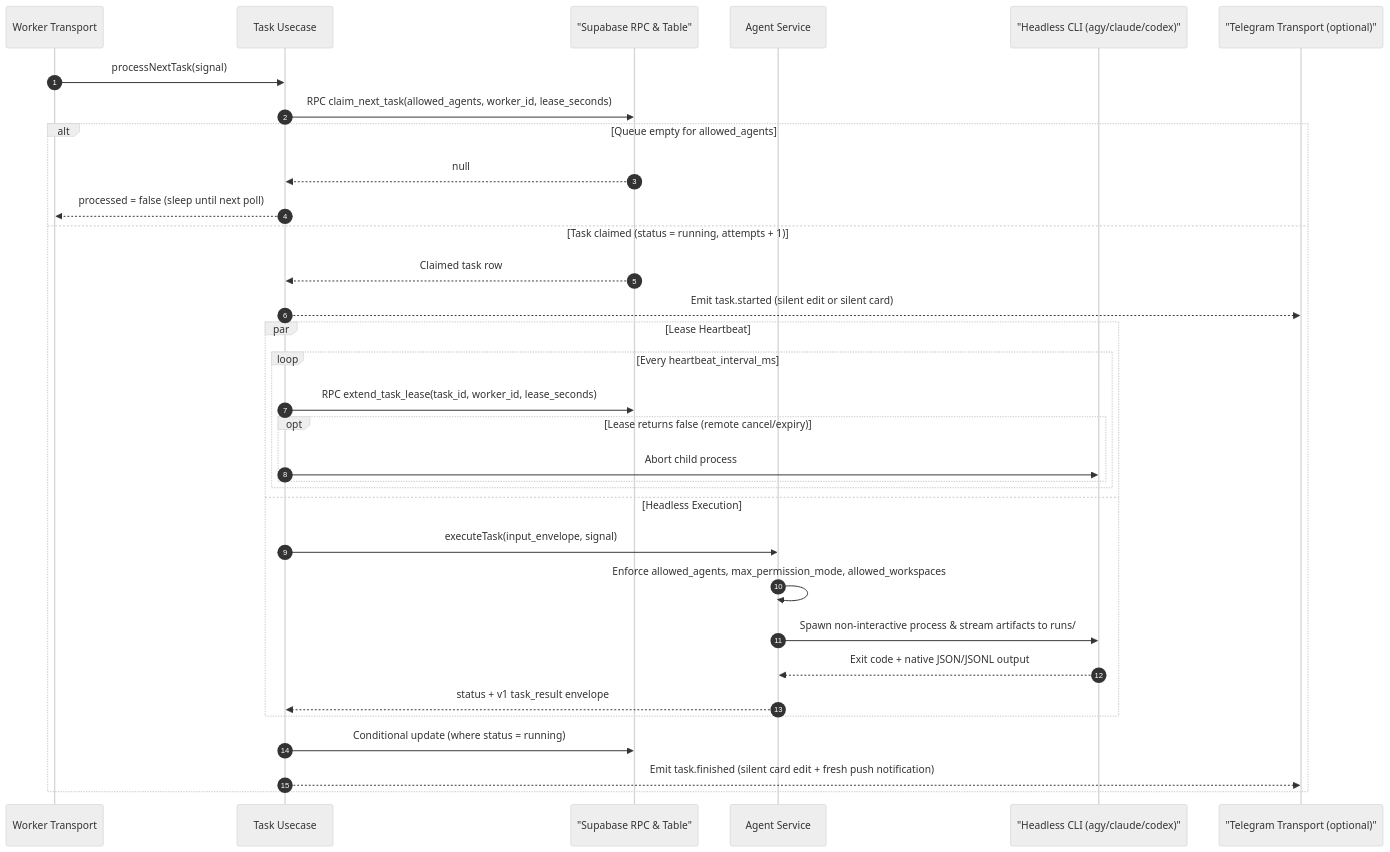
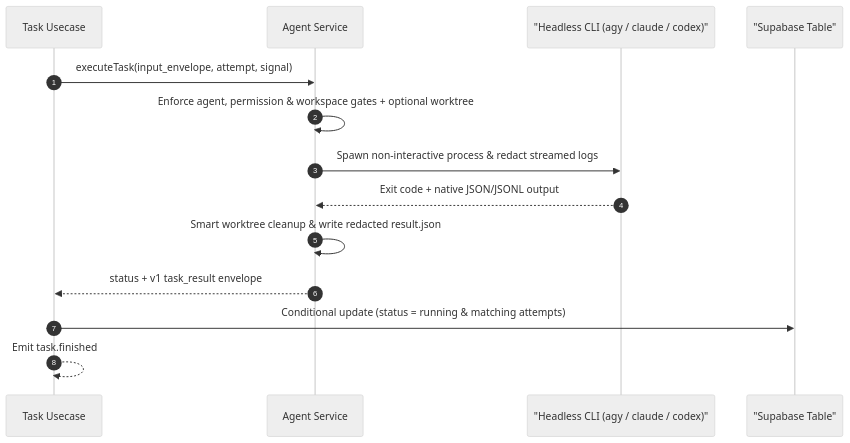
The second of 3 diagrams in docs/seq-worker-execution.md (anlew2k2/task-aside), drawn with Mermaid (neutral theme) before and after one commit. The commit also changed other lines of this file and 32 other files, not shown here.

````diff
--- a/docs/seq-worker-execution.md
+++ b/docs/seq-worker-execution.md
@@ -7,36 +28,17 @@
 ```mermaid
 sequenceDiagram
   autonumber
-  participant W as Worker Transport
   participant U as Task Usecase
-  participant DB as "Supabase RPC & Table"
   participant A as Agent Service
-  participant CLI as "Headless CLI (agy/claude/codex)"
-  participant TG as "Telegram Transport (optional)"
+  participant CLI as "Headless CLI (agy / claude / codex)"
+  participant DB as "Supabase Table"
 
-  W->>U: processNextTask(signal)
-  U->>DB: RPC claim_next_task(allowed_agents, worker_id, lease_seconds)
-  alt Queue empty for allowed_agents
-    DB-->>U: null
-    U-->>W: processed = false (sleep until next poll)
-  else Task claimed (status = running, attempts + 1)
-    DB-->>U: Claimed task row
-    U-->>TG: Emit task.started (silent edit or silent card)
-    par Lease Heartbeat
-      loop Every heartbeat_interval_ms
-        U->>DB: RPC extend_task_lease(task_id, worker_id, lease_seconds)
-        opt Lease returns false (remote cancel/expiry)
-          U->>CLI: Abort child process
-        end
-      end
-    and Headless Execution
-      U->>A: executeTask(input_envelope, signal)
-      A->>A: Enforce allowed_agents, max_permission_mode, allowed_workspaces
-      A->>CLI: Spawn non-interactive process & stream artifacts to runs/
-      CLI-->>A: Exit code + native JSON/JSONL output
-      A-->>U: status + v1 task_result envelope
-    end
-    U->>DB: Conditional update (where status = running)
-    U-->>TG: Emit task.finished (silent card edit + fresh push notification)
-  end
+  U->>A: executeTask(input_envelope, attempt, signal)
+  A->>A: Enforce agent, permission & workspace gates + optional worktree
+  A->>CLI: Spawn non-interactive process & redact streamed logs
+  CLI-->>A: Exit code + native JSON/JSONL output
+  A->>A: Smart worktree cleanup & write redacted result.json
+  A-->>U: status + v1 task_result envelope
+  U->>DB: Conditional update (status = running & matching attempts)
+  U-->>U: Emit task.finished
 ```
````
